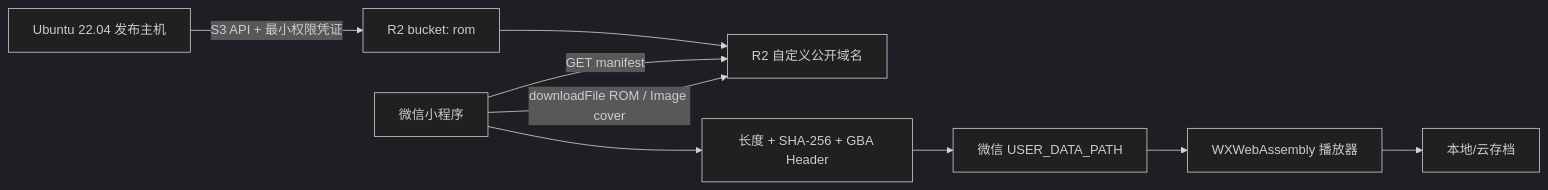
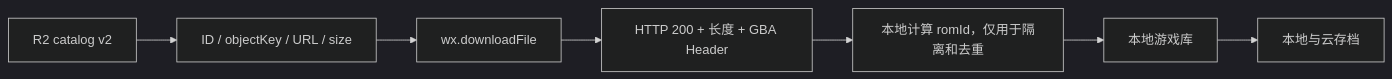
One commit to carzygod/Miniapp-GBA changed the diagram in docs/12-r2-rom-catalog.md. Above: the diagram before and after it, drawn with Mermaid (dark theme). The commit also changed other lines of this file and 27 other files, not shown here.

Commit message:
Document real R2 catalog and no-SHA ROM flow

````diff
--- a/docs/12-r2-rom-catalog.md
+++ b/docs/12-r2-rom-catalog.md
@@ -15,11 +105,9 @@
 ```mermaid
 flowchart LR
-    Publisher["Ubuntu 22.04 发布主机"] -->|"S3 API + 最小权限凭证"| Private["R2 bucket: rom"]
-    Private --> Public["R2 自定义公开域名"]
-    App["微信小程序"] -->|"GET manifest"| Public
-    App -->|"downloadFile ROM / Image cover"| Public
-    App --> Verify["长度 + SHA-256 + GBA Header"]
-    Verify --> Local["微信 USER_DATA_PATH"]
-    Local --> Player["WXWebAssembly 播放器"]
-    Player --> Saves["本地/云存档"]
+    Catalog["R2 catalog v2"] --> Meta["ID / objectKey / URL / size"]
+    Meta --> Download["wx.downloadFile"]
+    Download --> Check["HTTP 200 + 长度 + GBA Header"]
+    Check --> LocalId["本地计算 romId，仅用于隔离和去重"]
+    LocalId --> Library["本地游戏库"]
+    Library --> Saves["本地与云存档"]
 ```
````
